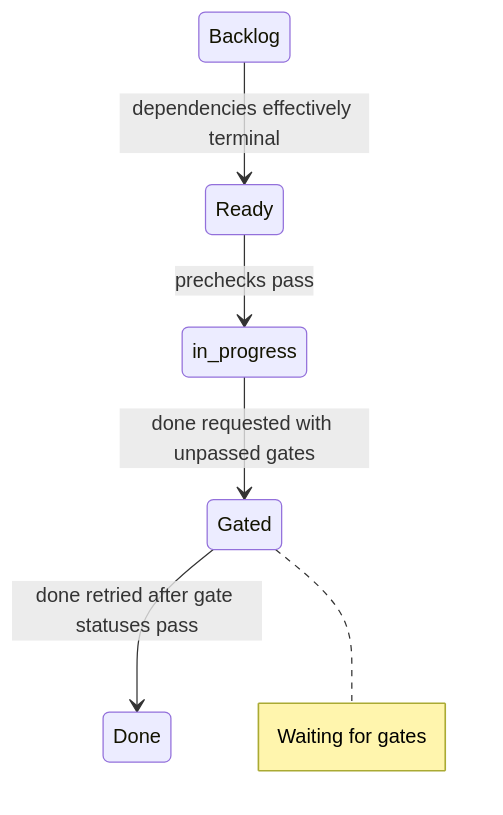
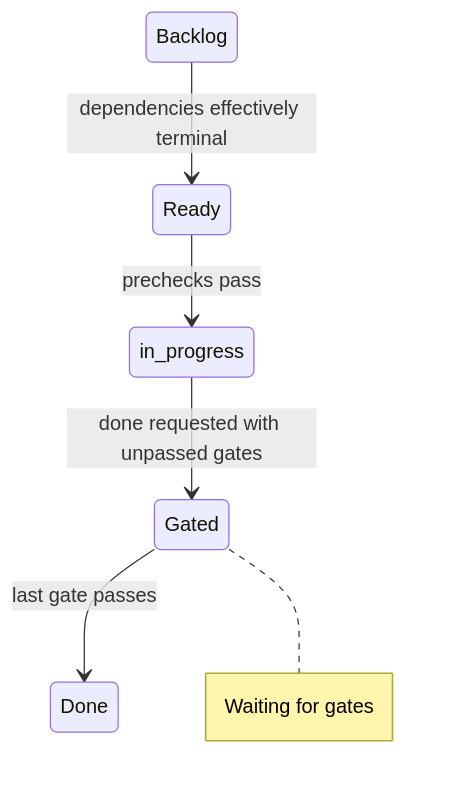
Before and after one commit to erankavija/just-in-time: the sixth of 9 diagrams in docs/concepts/core-model.md, drawn with Mermaid. The commit also changed other lines of this file and 12 other files, not shown here.

First line of the commit message:
fix(jit:ddca5431): complete a gated issue when evaluate passes its last auto gate

````diff
--- a/docs/concepts/core-model.md
+++ b/docs/concepts/core-model.md
@@ -695,10 +690,10 @@
 ```mermaid
 stateDiagram-v2
     Backlog --> Ready: dependencies effectively terminal
     Ready --> in_progress: prechecks pass
     in_progress --> Gated: done requested with unpassed gates
-    Gated --> Done: done retried after gate statuses pass
+    Gated --> Done: last gate passes
     note right of Gated
         Waiting for gates
     end note
 ```
````
